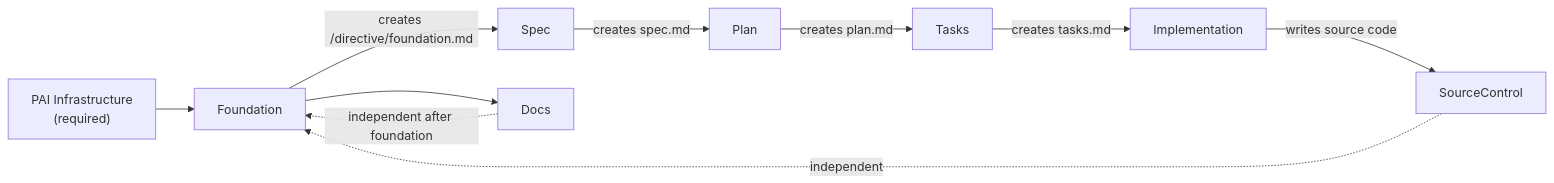
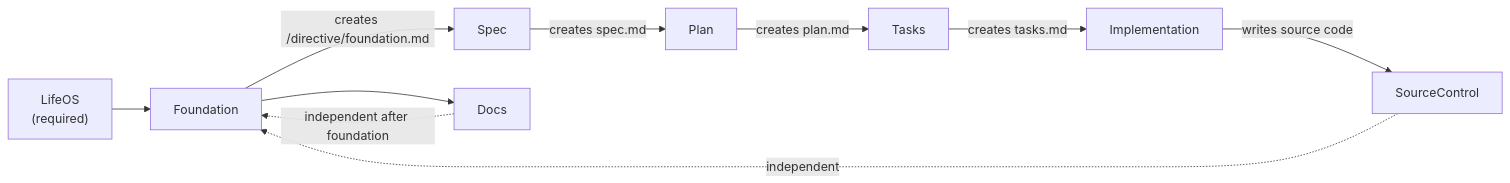
The fifth of 5 diagrams in plugins/buddy/docs/architecture.md (rsts-dev/claude-buddy-marketplace), drawn with Mermaid before and after one commit. The commit also changed other lines of this file and 94 other files, not shown here.

````diff
--- a/plugins/buddy/docs/architecture.md
+++ b/plugins/buddy/docs/architecture.md
@@ -178,12 +178,12 @@
 ```mermaid
 graph LR
-    PAI["PAI Infrastructure<br/>(required)"] --> Foundation
+    LifeOS["LifeOS<br/>(required)"] --> Foundation
     Foundation -->|"creates /directive/foundation.md"| Spec
     Spec -->|"creates spec.md"| Plan
     Plan -->|"creates plan.md"| Tasks
     Tasks -->|"creates tasks.md"| Implementation
     Implementation -->|"writes source code"| SourceControl
     Foundation --> Docs
     SourceControl -.->|"independent"| Foundation
     Docs -.->|"independent after foundation"| Foundation
 ```
````
